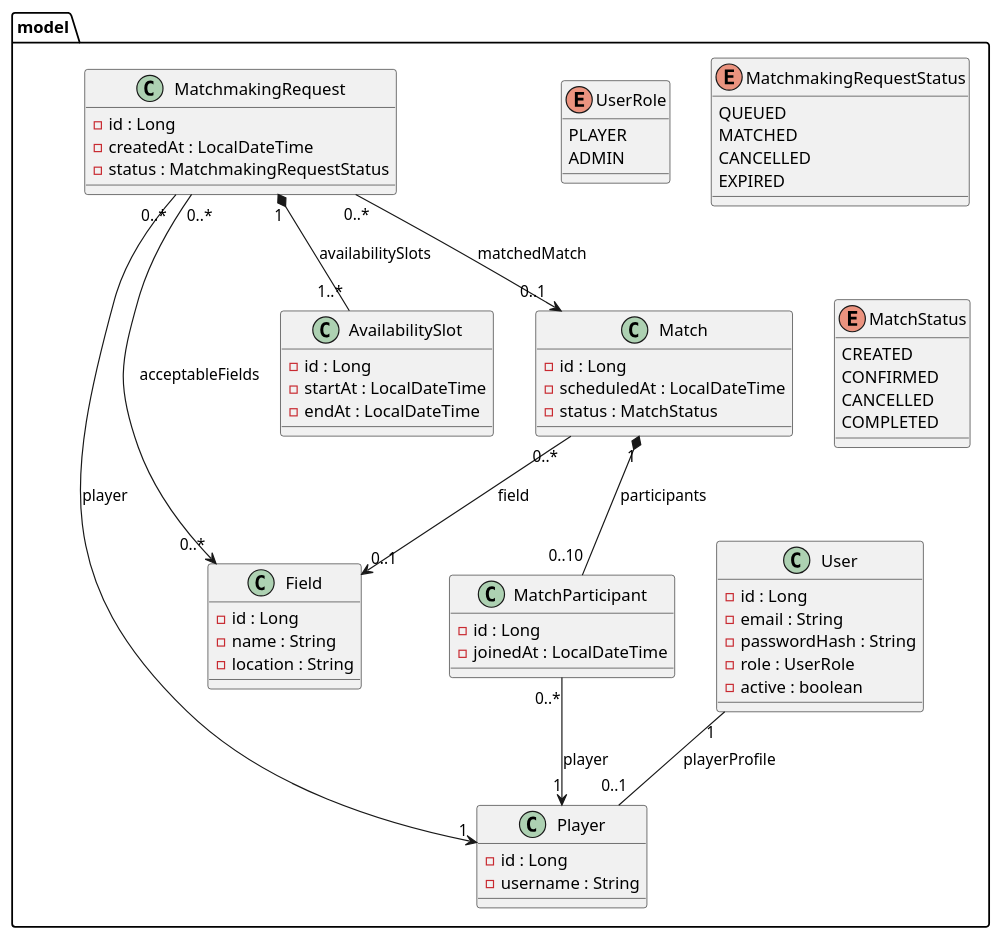
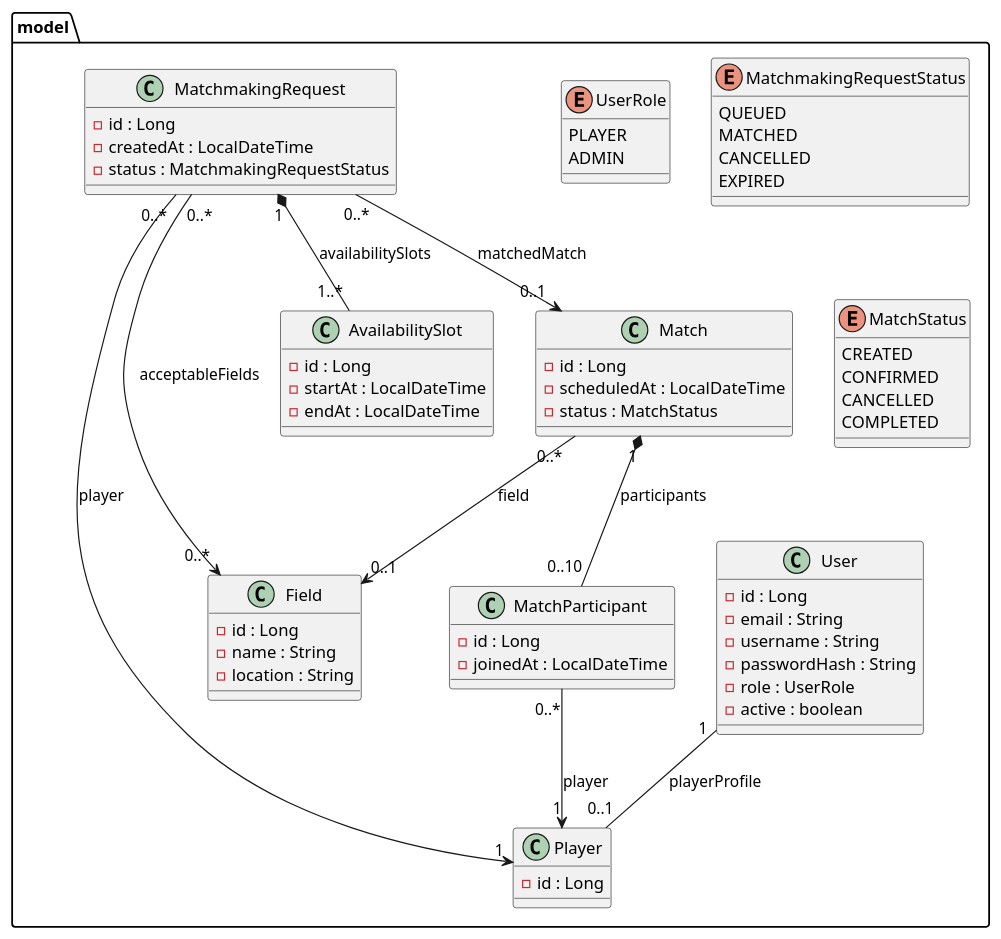
The diagram in mmk-backend/umls/architecture/model.puml (danintvl/mmk), drawn with PlantUML before and after one commit. The commit also changed other lines of this file, not shown here.

Commit message:
Changes in architecture

```diff
--- a/mmk-backend/umls/architecture/model.puml
+++ b/mmk-backend/umls/architecture/model.puml
@@ -1,77 +1,77 @@
 @startuml
 package "model" {
 
   class User {
     - id : Long
     - email : String
+    - username : String
     - passwordHash : String
     - role : UserRole
     - active : boolean
   }
 
   class Player {
     - id : Long
-    - username : String
   }
 
   class Field {
     - id : Long
     - name : String
     - location : String
   }
 
   class MatchmakingRequest {
     - id : Long
     - createdAt : LocalDateTime
     - status : MatchmakingRequestStatus
   }
 
   class AvailabilitySlot {
     - id : Long
     - startAt : LocalDateTime
     - endAt : LocalDateTime
   }
 
   class Match {
     - id : Long
     - scheduledAt : LocalDateTime
     - status : MatchStatus
   }
 
   class MatchParticipant {
     - id : Long
     - joinedAt : LocalDateTime
   }
 
   enum UserRole {
     PLAYER
     ADMIN
   }
 
   enum MatchmakingRequestStatus {
     QUEUED
     MATCHED
     CANCELLED
     EXPIRED
   }
 
   enum MatchStatus {
     CREATED
     CONFIRMED
     CANCELLED
     COMPLETED
   }
 
   User "1" -- "0..1" Player : playerProfile
 
   MatchmakingRequest "0..*" --> "1" Player : player
   MatchmakingRequest "1" *-- "1..*" AvailabilitySlot : availabilitySlots
   MatchmakingRequest "0..*" --> "0..*" Field : acceptableFields
   MatchmakingRequest "0..*" --> "0..1" Match : matchedMatch
 
   Match "1" *-- "0..10" MatchParticipant : participants
   MatchParticipant "0..*" --> "1" Player : player
 
   Match "0..*" --> "0..1" Field : field
 }
 @enduml
```
